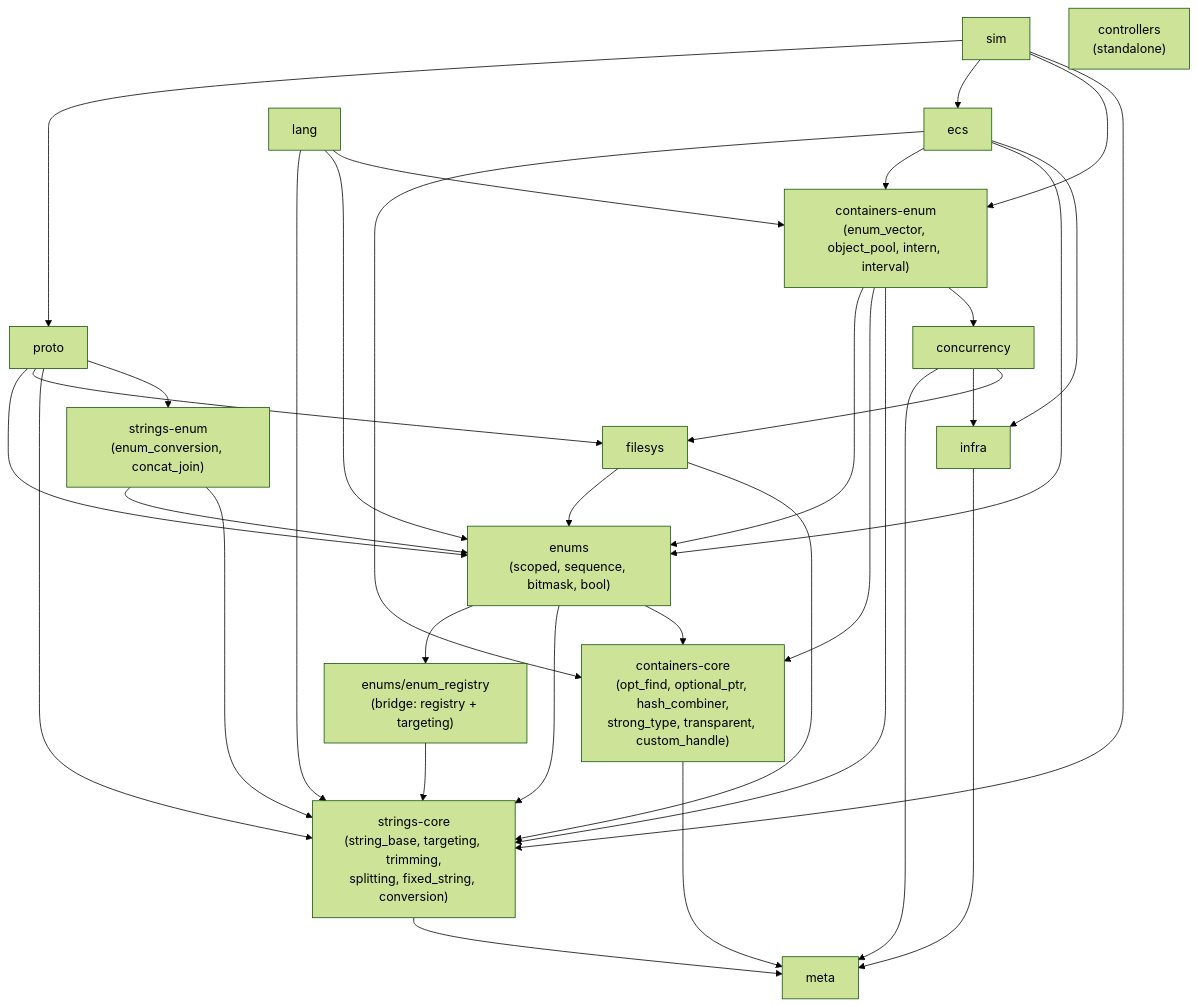
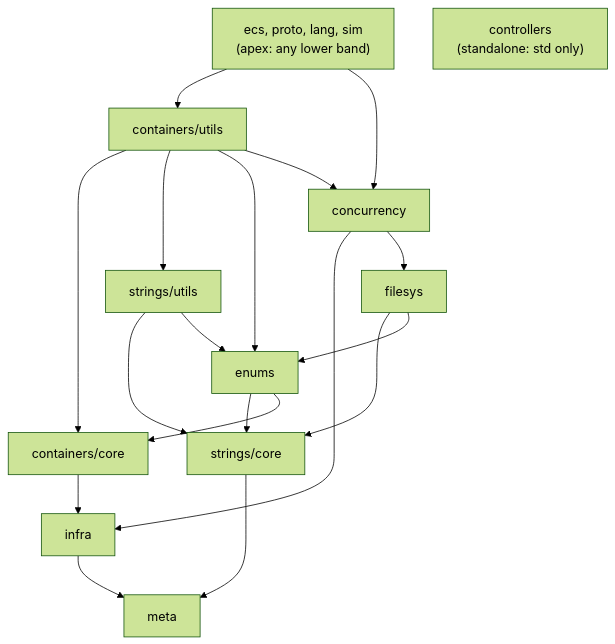
The diagram in corvid/deps.md (stevensudit/Corvid), drawn with Mermaid (forest theme) before and after one commit. The commit also changed other lines of this file and 107 other files, not shown here.

Commit message:
Lakos band layering: split strings/ and containers/ into core/utils, enforced by a lint (#66)

````diff
--- a/corvid/deps.md
+++ b/corvid/deps.md
@@ -151,66 +110,32 @@
 ```mermaid
 graph TD
-    %% Foundation
     meta[meta]
     infra[infra]
-
-    %% Bridge contract
-    enum_registry["enums/enum_registry<br/>(bridge: registry + targeting)"]
-
-    %% Low utility band
-    strings_core["strings-core<br/>(string_base, targeting, trimming,<br/>splitting, fixed_string, conversion)"]
-    containers_core["containers-core<br/>(opt_find, optional_ptr, hash_combiner,<br/>strong_type, transparent, custom_handle)"]
-
-    %% Enums proper
-    enums["enums<br/>(scoped, sequence, bitmask, bool)"]
-
-    %% High utility band
-    strings_enum["strings-enum<br/>(enum_conversion, concat_join)"]
-    containers_hi["containers-enum<br/>(enum_vector, object_pool, intern, interval)"]
+    strings_core["strings/core"]
+    containers_core["containers/core"]
+    enums[enums]
+    strings_utils["strings/utils"]
+    filesys[filesys]
     concurrency[concurrency]
-    filesys[filesys]
-
-    %% Apex
-    ecs[ecs]
-    proto[proto]
-    lang[lang]
-    sim[sim]
-    controllers["controllers<br/>(standalone)"]
+    containers_utils["containers/utils"]
+    apex["ecs, proto, lang, sim<br/>(apex: any lower band)"]
+    controllers["controllers<br/>(standalone: std only)"]
 
     infra --> meta
     strings_core --> meta
-    containers_core --> meta
-    enum_registry --> strings_core
-
-    enums --> enum_registry
+    containers_core --> infra
     enums --> strings_core
     enums --> containers_core
-
-    strings_enum --> enums
-    strings_enum --> strings_core
-    containers_hi --> enums
-    containers_hi --> containers_core
-    containers_hi --> strings_core
-    containers_hi --> concurrency
-    concurrency --> meta
+    strings_utils --> strings_core
+    strings_utils --> enums
+    filesys --> strings_core
+    filesys --> enums
     concurrency --> infra
     concurrency --> filesys
-    filesys --> enums
-    filesys --> strings_core
-
-    ecs --> containers_core
-    ecs --> containers_hi
-    ecs --> enums
-    ecs --> infra
-    proto --> enums
-    proto --> filesys
-    proto --> strings_core
-    proto --> strings_enum
-    lang --> strings_core
-    lang --> enums
-    lang --> containers_hi
-    sim --> proto
-    sim --> ecs
-    sim --> containers_hi
-    sim --> strings_core
+    containers_utils --> containers_core
+    containers_utils --> strings_utils
+    containers_utils --> enums
+    containers_utils --> concurrency
+    apex --> containers_utils
+    apex --> concurrency
 ```
````
